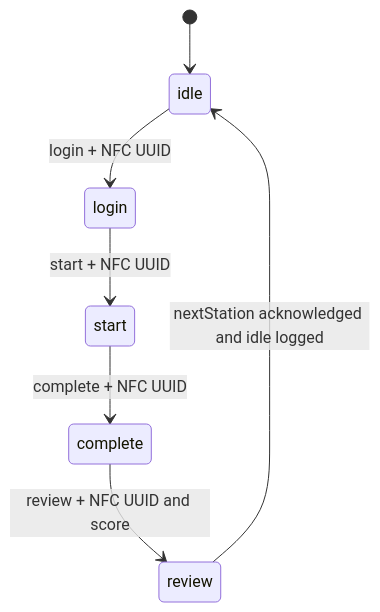
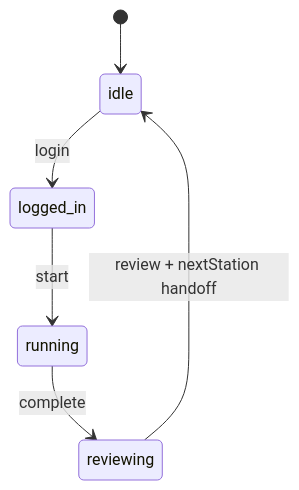
The second of 4 diagrams in README.md (GnomUltras/backend), drawn with Mermaid before and after one commit. The commit also changed other lines of this file and 9 other files, not shown here.

````diff
--- a/README.md
+++ b/README.md
@@ -201,9 +182,8 @@
 ```mermaid
 stateDiagram-v2
     [*] --> idle
-    idle --> login: login + NFC UUID
-    login --> start: start + NFC UUID
-    start --> complete: complete + NFC UUID
-    complete --> review: review + NFC UUID and score
-    review --> idle: nextStation acknowledged and idle logged
+    idle --> logged_in: login
+    logged_in --> running: start
+    running --> reviewing: complete
+    reviewing --> idle: review + nextStation handoff
 ```
````
